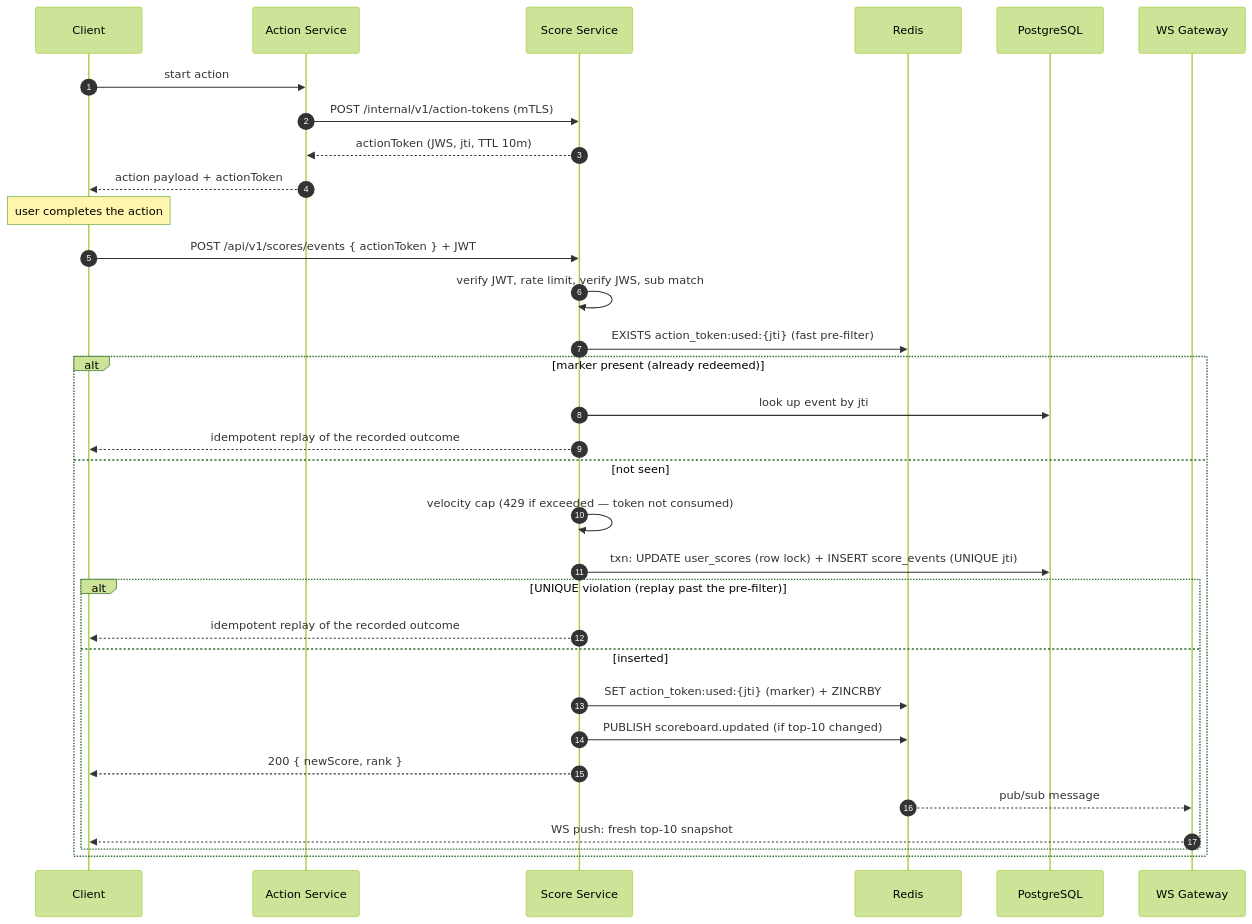
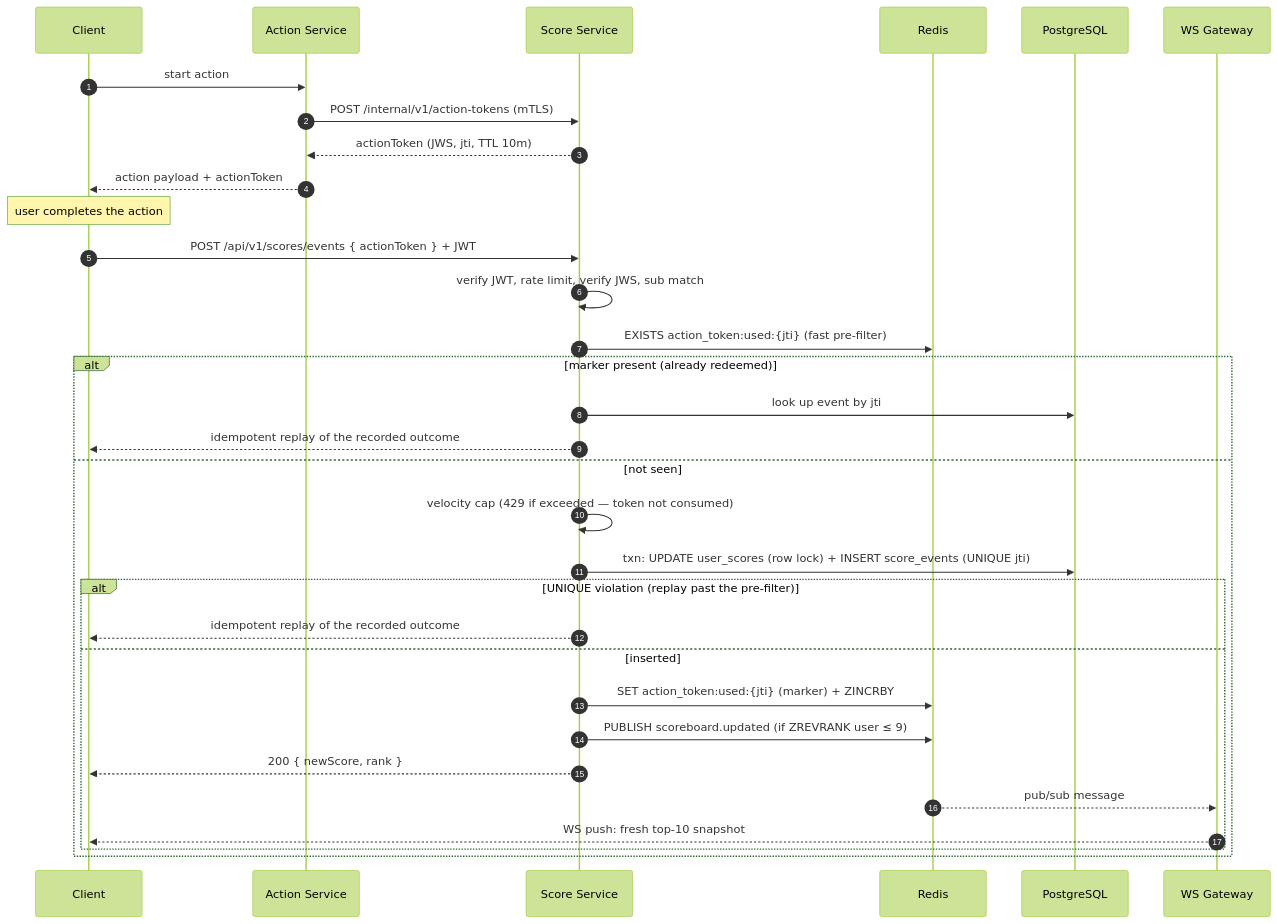
One commit to hatontuyen/99tech-code-challenge-be changed the second of 2 diagrams in problem-6/README.md. Above: the diagram before and after it, drawn with Mermaid (forest theme). The commit also changed other lines of this file, not shown here.

First line of the commit message:
docs(problem-6): specify how 'top-10 changed' is detected

````diff
--- a/problem-6/README.md
+++ b/problem-6/README.md
@@ -194,35 +196,35 @@
 ```mermaid
 sequenceDiagram
     autonumber
     participant U as Client
     participant G as Action Service
     participant S as Score Service
     participant R as Redis
     participant P as PostgreSQL
     participant W as WS Gateway
 
     U->>G: start action
     G->>S: POST /internal/v1/action-tokens (mTLS)
     S-->>G: actionToken (JWS, jti, TTL 10m)
     G-->>U: action payload + actionToken
     Note over U: user completes the action
     U->>S: POST /api/v1/scores/events { actionToken } + JWT
     S->>S: verify JWT, rate limit, verify JWS, sub match
     S->>R: EXISTS action_token:used:{jti} (fast pre-filter)
     alt marker present (already redeemed)
         S->>P: look up event by jti
         S-->>U: idempotent replay of the recorded outcome
     else not seen
         S->>S: velocity cap (429 if exceeded — token not consumed)
         S->>P: txn: UPDATE user_scores (row lock) + INSERT score_events (UNIQUE jti)
         alt UNIQUE violation (replay past the pre-filter)
             S-->>U: idempotent replay of the recorded outcome
         else inserted
             S->>R: SET action_token:used:{jti} (marker) + ZINCRBY
-            S->>R: PUBLISH scoreboard.updated (if top-10 changed)
+            S->>R: PUBLISH scoreboard.updated (if ZREVRANK user ≤ 9)
             S-->>U: 200 { newScore, rank }
             R-->>W: pub/sub message
             W-->>U: WS push: fresh top-10 snapshot
         end
     end
 ```
````
